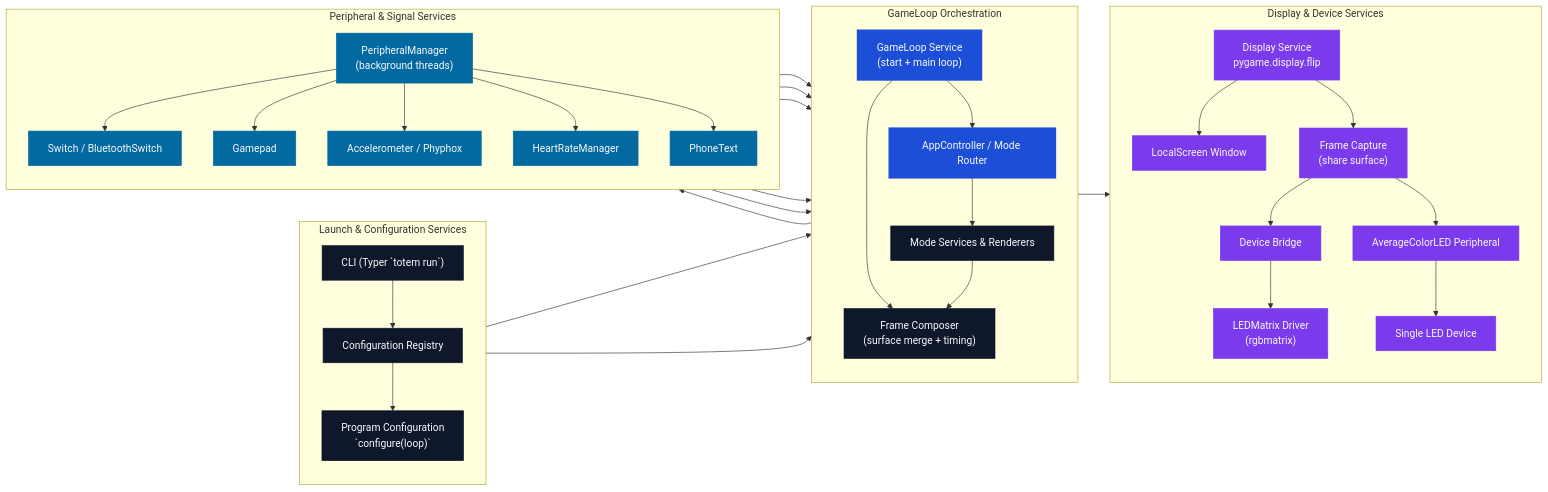
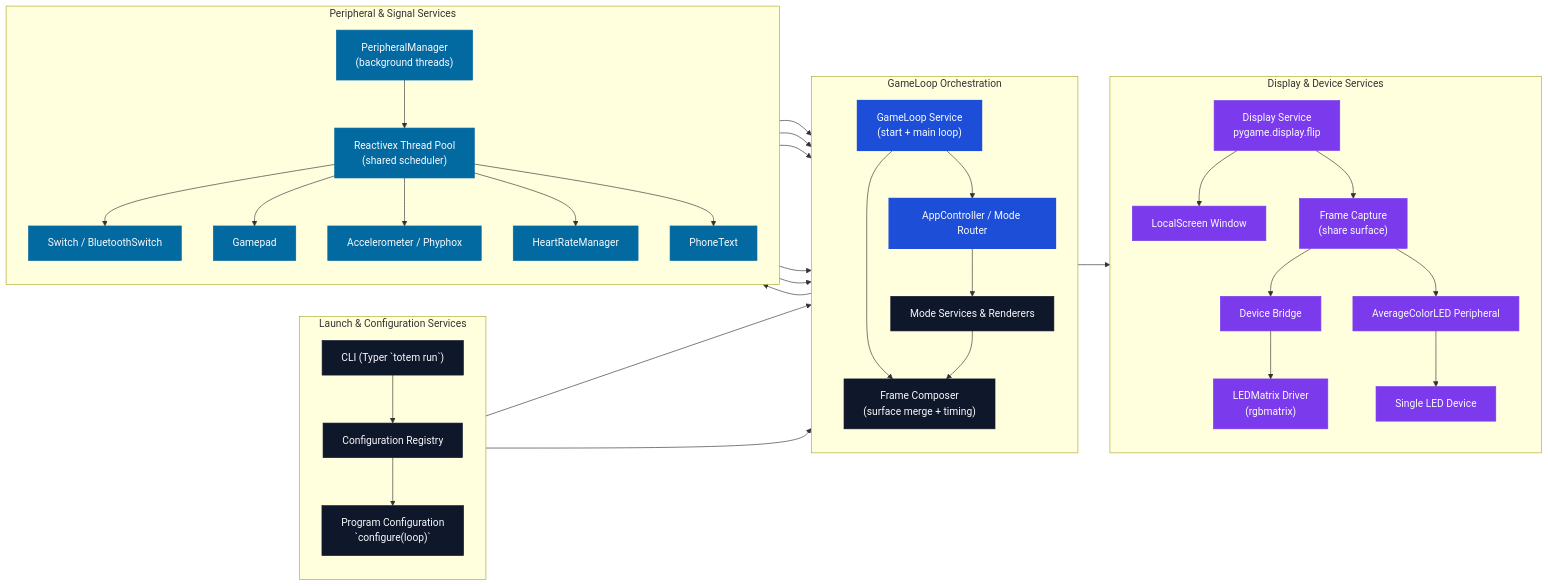
Before and after one commit to Organization5762/heart: the diagram in docs/code_flow.md, drawn with Mermaid. The commit also changed 5 other files, not shown here.

Commit message:
Centralize reactivex scheduler usage

````diff
--- a/docs/code_flow.md
+++ b/docs/code_flow.md
@@ -19,65 +19,66 @@
 ```mermaid
 flowchart LR
     %% Visual classes for different service categories
     classDef orchestrator fill:#1d4ed8,stroke:#1d4ed8,color:#f8fafc,stroke-width:2px;
     classDef service fill:#0f172a,stroke:#0f172a,color:#f8fafc;
     classDef input fill:#0369a1,stroke:#0369a1,color:#f8fafc;
     classDef output fill:#7c3aed,stroke:#7c3aed,color:#f8fafc;
 
     subgraph Launch["Launch & Configuration Services"]
         direction TB
         CLI["CLI (Typer `totem run`)"]
         Registry["Configuration Registry"]
         Configurer["Program Configuration\n`configure(loop)`"]
     end
 
     subgraph Runtime["GameLoop Orchestration"]
         direction TB
         Loop["GameLoop Service\n(start + main loop)"]
         AppRouter["AppController / Mode Router"]
         ModeServices["Mode Services & Renderers"]
         FrameComposer["Frame Composer\n(surface merge + timing)"]
     end
 
     subgraph Inputs["Peripheral & Signal Services"]
         direction TB
         PeripheralMgr["PeripheralManager\n(background threads)"]
+        RxScheduler["Reactivex Thread Pool\n(shared scheduler)"]
         Switch["Switch / BluetoothSwitch"]
         Gamepad["Gamepad"]
         Sensors["Accelerometer / Phyphox"]
         HeartRate["HeartRateManager"]
         PhoneText["PhoneText"]
     end
 
     subgraph Outputs["Display & Device Services"]
         direction TB
         DisplaySvc["Display Service\npygame.display.flip"]
         LocalScreen["LocalScreen Window"]
         Capture["Frame Capture\n(share surface)"]
         DeviceBridge["Device Bridge"]
         LedMatrix["LEDMatrix Driver\n(rgbmatrix)"]
         AverageMirror["AverageColorLED Peripheral"]
         SingleLED["Single LED Device"]
     end
 
     CLI --> Registry --> Configurer --> Loop
     Configurer --> AppRouter
     Loop --> AppRouter
     Loop --> FrameComposer
     AppRouter --> ModeServices --> FrameComposer --> DisplaySvc
     DisplaySvc --> LocalScreen
     DisplaySvc --> Capture --> DeviceBridge --> LedMatrix
     Capture --> AverageMirror --> SingleLED
 
-    Loop --> PeripheralMgr
-    PeripheralMgr --> Switch --> AppRouter
-    PeripheralMgr --> Gamepad --> AppRouter
-    PeripheralMgr --> Sensors --> AppRouter
-    PeripheralMgr --> HeartRate --> AppRouter
-    PeripheralMgr --> PhoneText --> AppRouter
+    Loop --> PeripheralMgr --> RxScheduler
+    RxScheduler --> Switch --> AppRouter
+    RxScheduler --> Gamepad --> AppRouter
+    RxScheduler --> Sensors --> AppRouter
+    RxScheduler --> HeartRate --> AppRouter
+    RxScheduler --> PhoneText --> AppRouter
 
     class CLI,Registry,Configurer,ModeServices,FrameComposer service;
     class Loop,AppRouter orchestrator;
-    class PeripheralMgr,Switch,Gamepad,Sensors,HeartRate,PhoneText input;
+    class PeripheralMgr,RxScheduler,Switch,Gamepad,Sensors,HeartRate,PhoneText input;
     class DisplaySvc,LocalScreen,Capture,DeviceBridge,LedMatrix,AverageMirror,SingleLED output;
 ```
````
